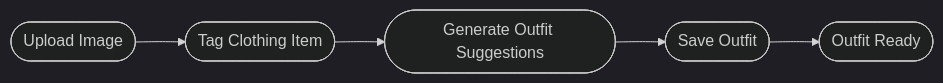
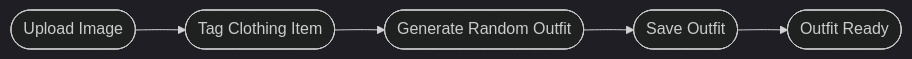
One commit to NNewbauer/3300OutfitPicker changed the third of 3 diagrams in README.md. Above: the diagram before and after it, drawn with Mermaid (dark theme). The commit also changed other lines of this file, not shown here.

````diff
--- a/README.md
+++ b/README.md
@@ -109,7 +106,7 @@
 ```mermaid
 flowchart LR
     Start([Upload Image]) --> Tag([Tag Clothing Item])
-    Tag --> Generate([Generate Outfit Suggestions])
+    Tag --> Generate([Generate Random Outfit])
     Generate --> Save([Save Outfit])
     Save --> End([Outfit Ready])
 ```
````
